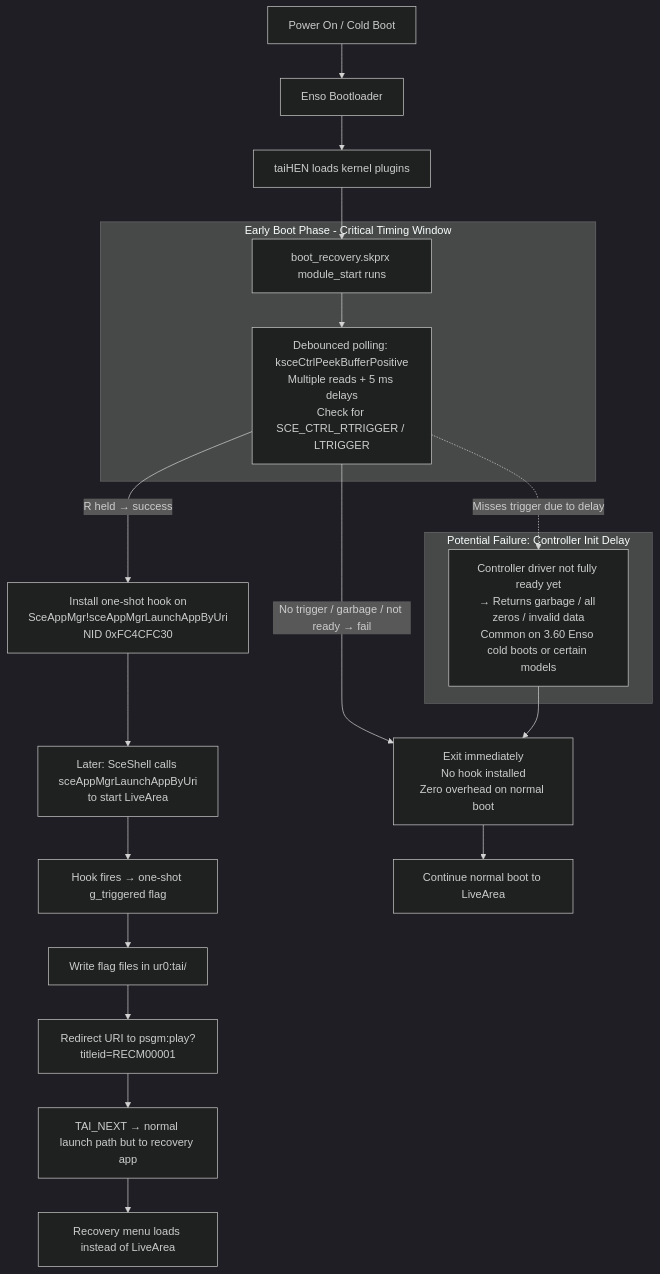
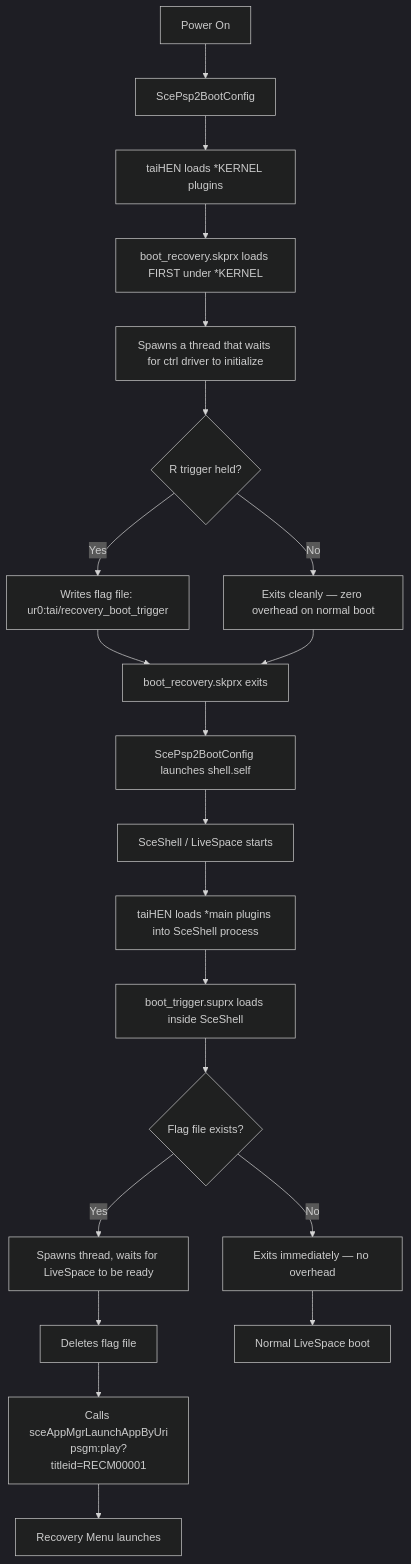
Before and after one commit to DrinkingSubset/PS-Vita-Recovery-Menu-Project: the diagram in README.md, drawn with Mermaid (dark theme). The commit also changed other lines of this file, not shown here.

````diff
--- a/README.md
+++ b/README.md
@@ -180,29 +188,23 @@
 ```mermaid
 flowchart TD
-    A[Power On / Cold Boot] --> B[Enso Bootloader]
-    B --> C[taiHEN loads kernel plugins]
-    C --> D[boot_recovery.skprx module_start runs]
-
-    subgraph "Early Boot Phase - Critical Timing Window"
-    D --> E["Debounced polling: ksceCtrlPeekBufferPositive\nMultiple reads + 5 ms delays\nCheck for SCE_CTRL_RTRIGGER / LTRIGGER"]
-    end
-
-    E -->|R held → success| F["Install one-shot hook on\nSceAppMgr!sceAppMgrLaunchAppByUri\nNID 0xFC4CFC30"]
-    E -->|No trigger / garbage / not ready → fail| G["Exit immediately\nNo hook installed\nZero overhead on normal boot"]
-
-    subgraph "Potential Failure: Controller Init Delay"
-    H["Controller driver not fully ready yet\n→ Returns garbage / all zeros / invalid data\nCommon on 3.60 Enso cold boots or certain models"]
-    end
-
-    E -.->|Misses trigger due to delay| H
-    H --> G
-
-    F --> I["Later: SceShell calls sceAppMgrLaunchAppByUri\nto start LiveArea"]
-    I --> J[Hook fires → one-shot g_triggered flag]
-    J --> K[Write flag files in ur0:tai/]
-    K --> L[Redirect URI to psgm:play?titleid=RECM00001]
-    L --> M[TAI_NEXT → normal launch path but to recovery app]
-    M --> N[Recovery menu loads instead of LiveArea]
-
-    G --> O[Continue normal boot to LiveArea]
+    A[Power On] --> B[ScePsp2BootConfig]
+    B --> C[taiHEN loads *KERNEL plugins]
+    C --> D[boot_recovery.skprx loads FIRST under *KERNEL]
+    D --> E[Spawns a thread that waits for ctrl driver to initialize]
+    E --> F{R trigger held?}
+    F -->|Yes| G[Writes flag file: ur0:tai/recovery_boot_trigger]
+    F -->|No| H[Exits cleanly — zero overhead on normal boot]
+    G --> I[boot_recovery.skprx exits]
+    H --> I
+    I --> J[ScePsp2BootConfig launches shell.self]
+    J --> K[SceShell / LiveSpace starts]
+    K --> L[taiHEN loads *main plugins into SceShell process]
+    L --> M[boot_trigger.suprx loads inside SceShell]
+    M --> N{Flag file exists?}
+    N -->|No| O[Exits immediately — no overhead]
+    N -->|Yes| P[Spawns thread, waits for LiveSpace to be ready]
+    P --> Q[Deletes flag file]
+    Q --> R[Calls sceAppMgrLaunchAppByUri\npsgm:play?titleid=RECM00001]
+    R --> S[Recovery Menu launches]
+    O --> T[Normal LiveSpace boot]
 ```
````
